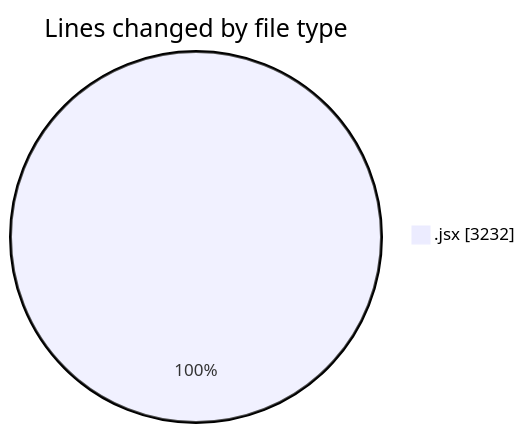
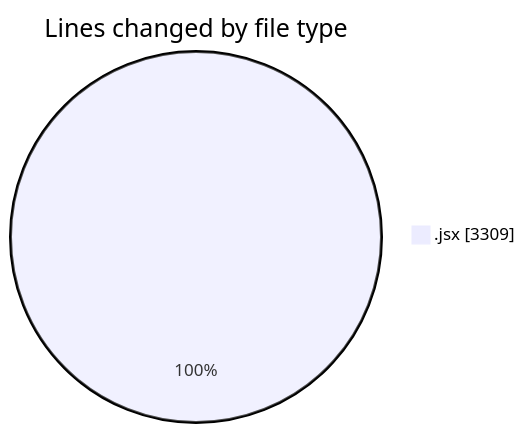
One commit to nxtqubesakshisongat/code-tracking changed the first of 2 diagrams in 2025-07-04/argos/README.md. Above: the diagram before and after it, drawn with Mermaid. The commit also changed other lines of this file and 1 other file, not shown here.

````diff
--- a/2025-07-04/argos/README.md
+++ b/2025-07-04/argos/README.md
@@ -22,5 +22,5 @@
 ```mermaid
 pie showData
 title Lines changed by file type
-".jsx" : 3232
+".jsx" : 3309
 ```
````
